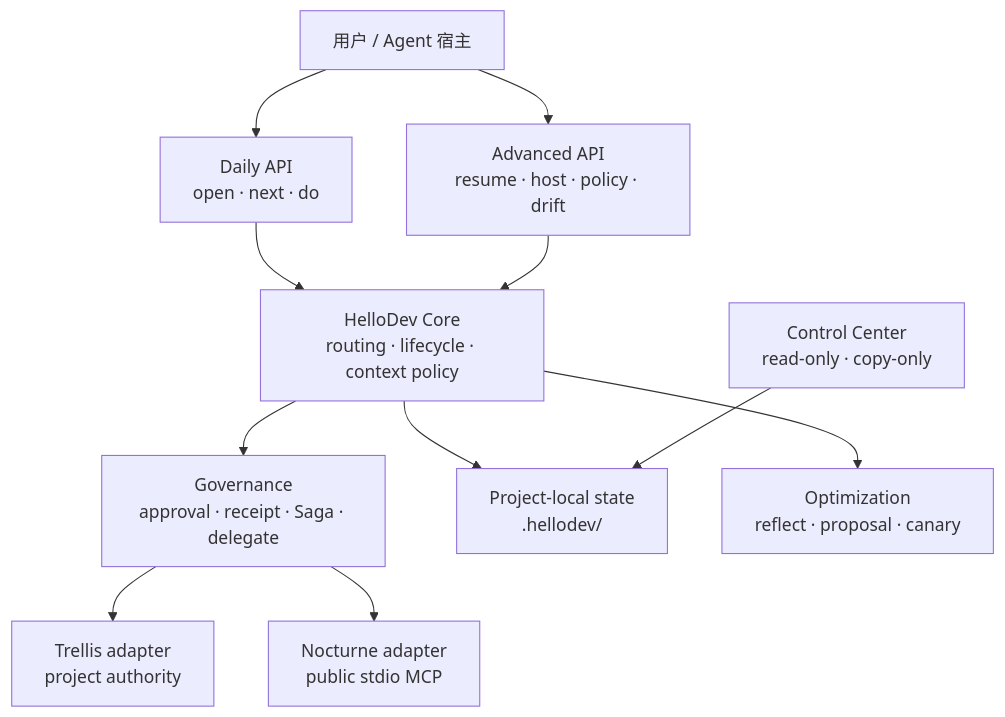
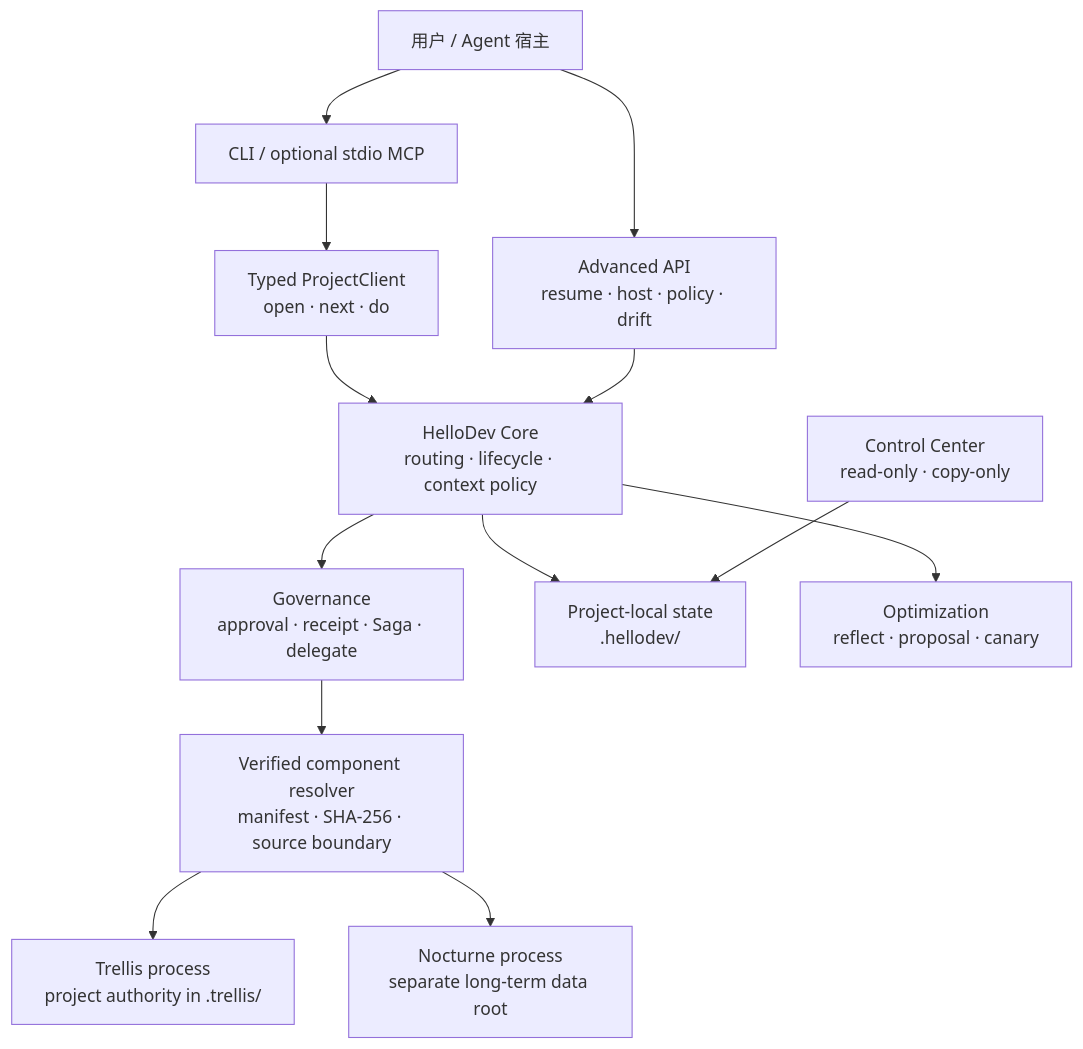
Before and after one commit to fate-forever/hellodev: the diagram in README.md, drawn with Mermaid. The commit also changed other lines of this file and 47 other files, not shown here.

````diff
--- a/README.md
+++ b/README.md
@@ -101,13 +107,15 @@
 ```mermaid
 flowchart TB
-    U["用户 / Agent 宿主"] --> D["Daily API<br/>open · next · do"]
+    U["用户 / Agent 宿主"] --> X["CLI / optional stdio MCP"]
+    X --> D["Typed ProjectClient<br/>open · next · do"]
     U --> A["Advanced API<br/>resume · host · policy · drift"]
     D --> C["HelloDev Core<br/>routing · lifecycle · context policy"]
     A --> C
     C --> G["Governance<br/>approval · receipt · Saga · delegate"]
     C --> S["Project-local state<br/>.hellodev/"]
-    G --> T["Trellis adapter<br/>project authority"]
-    G --> N["Nocturne adapter<br/>public stdio MCP"]
+    G --> R["Verified component resolver<br/>manifest · SHA-256 · source boundary"]
+    R --> T["Trellis process<br/>project authority in .trellis/"]
+    R --> N["Nocturne process<br/>separate long-term data root"]
     C --> O["Optimization<br/>reflect · proposal · canary"]
     UI["Control Center<br/>read-only · copy-only"] --> S
 ```
````
